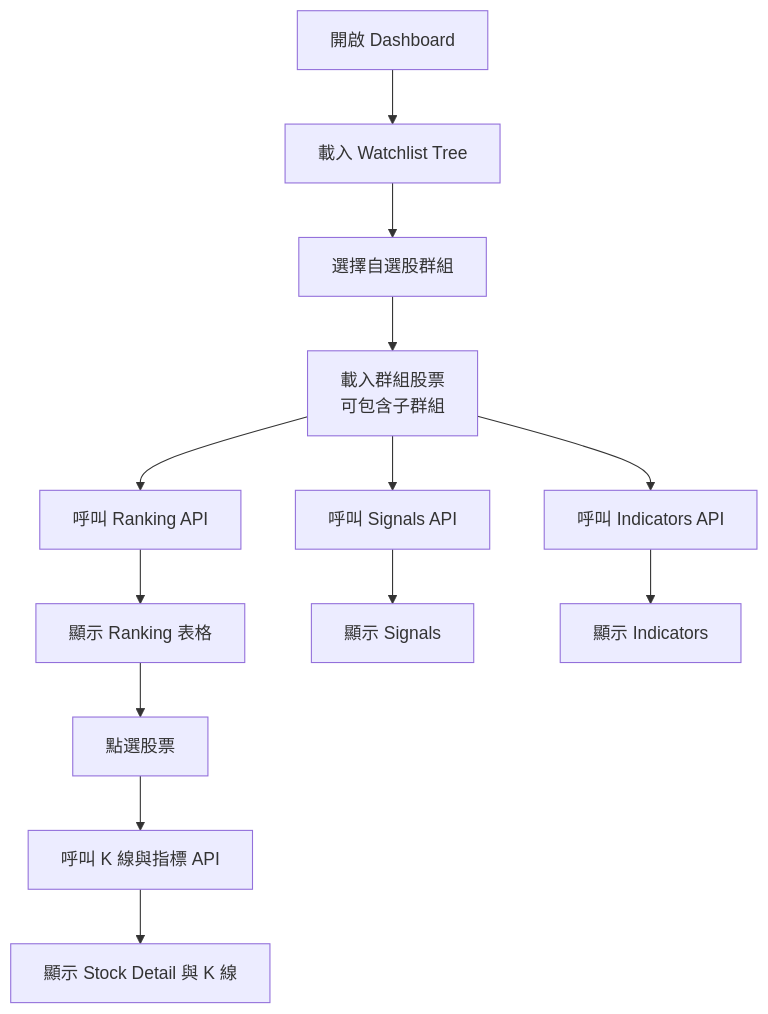
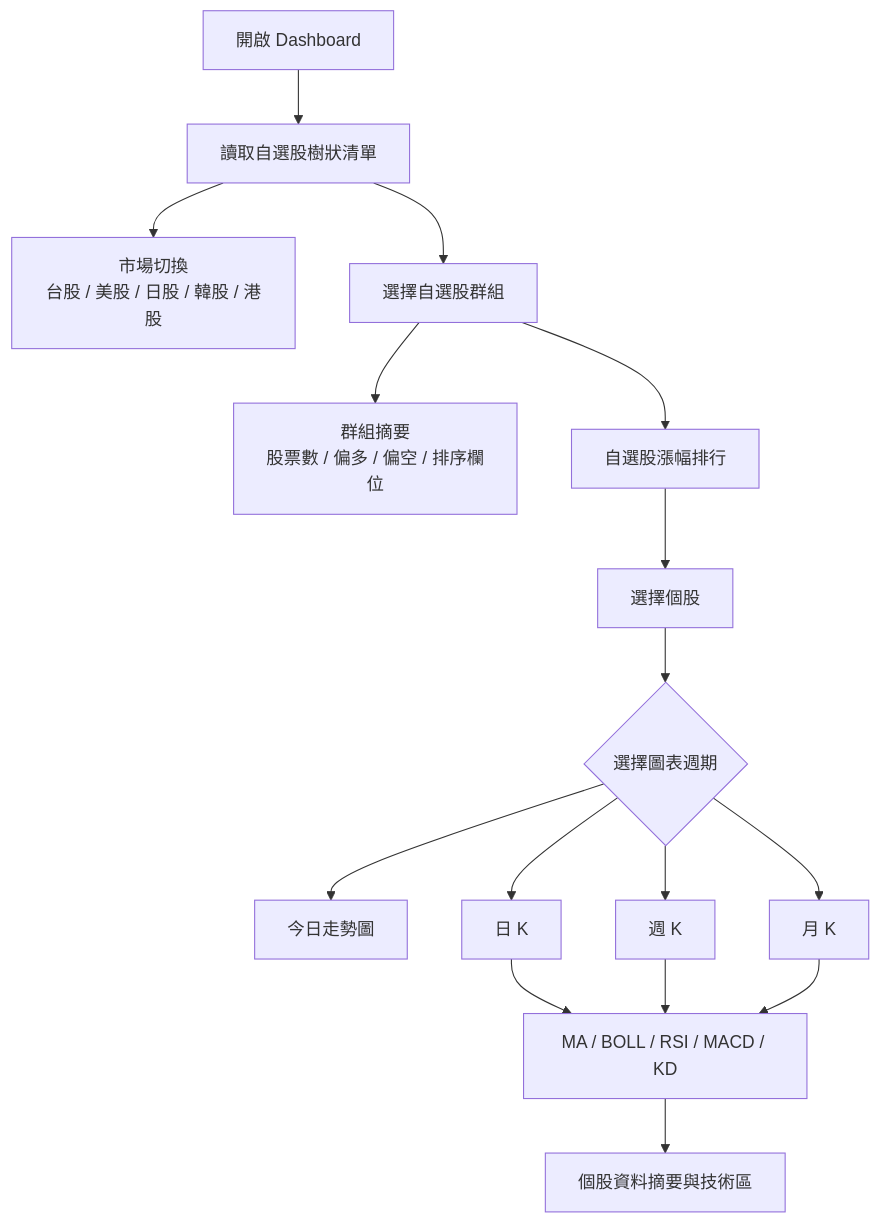
The third of 4 diagrams in README.md (lulu930128/open-market-intelligence), drawn with Mermaid before and after one commit. The commit also changed other lines of this file and 11 other files, not shown here.

Commit message:
Update dashboard charts and architecture docs

````diff
--- a/README.md
+++ b/README.md
@@ -116,17 +85,18 @@
 ```mermaid
 flowchart TD
-    openDashboard["開啟 Dashboard"] --> loadTree["載入 Watchlist Tree"]
-    loadTree --> selectGroup["選擇自選股群組"]
-    selectGroup --> loadItems["載入群組股票<br/>可包含子群組"]
-    loadItems --> callRanking["呼叫 Ranking API"]
-    loadItems --> callSignals["呼叫 Signals API"]
-    loadItems --> callIndicators["呼叫 Indicators API"]
-
-    callRanking --> rankingTable["顯示 Ranking 表格"]
-    callSignals --> signalPanel["顯示 Signals"]
-    callIndicators --> indicatorPanel["顯示 Indicators"]
-
-    rankingTable --> selectStock["點選股票"]
-    selectStock --> chartApi["呼叫 K 線與指標 API"]
-    chartApi --> stockDetail["顯示 Stock Detail 與 K 線"]
+    open["開啟 Dashboard"] --> tree["讀取自選股樹狀清單"]
+    tree --> marketTabs["市場切換<br/>台股 / 美股 / 日股 / 韓股 / 港股"]
+    tree --> group["選擇自選股群組"]
+    group --> summary["群組摘要<br/>股票數 / 偏多 / 偏空 / 排序欄位"]
+    group --> ranking["自選股漲幅排行"]
+    ranking --> stock["選擇個股"]
+    stock --> timeframe{"選擇圖表週期"}
+    timeframe --> today["今日走勢圖"]
+    timeframe --> daily["日 K"]
+    timeframe --> weekly["週 K"]
+    timeframe --> monthly["月 K"]
+    daily --> indicators["MA / BOLL / RSI / MACD / KD"]
+    weekly --> indicators
+    monthly --> indicators
+    indicators --> detail["個股資料摘要與技術區"]
 ```
````
